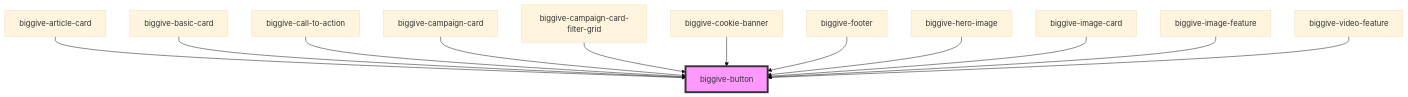
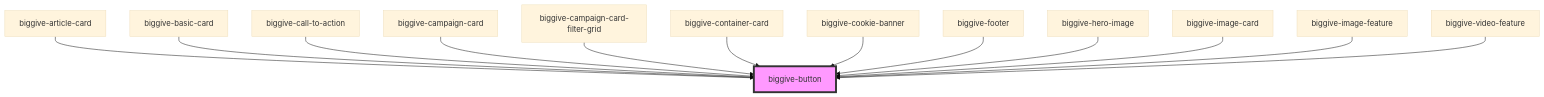
Before and after one commit to thebiggive/components: the diagram in src/components/biggive-button/readme.md, drawn with Mermaid (base theme). The commit also changed other lines of this file and 7 other files, not shown here.

First line of the commit message:
DON-983: Create biggive-container-card as copy of biggive-basic-card

````diff
--- a/src/components/biggive-button/readme.md
+++ b/src/components/biggive-button/readme.md
@@ -48,15 +49,16 @@
 ```mermaid
 graph TD;
   biggive-article-card --> biggive-button
   biggive-basic-card --> biggive-button
   biggive-call-to-action --> biggive-button
   biggive-campaign-card --> biggive-button
   biggive-campaign-card-filter-grid --> biggive-button
+  biggive-container-card --> biggive-button
   biggive-cookie-banner --> biggive-button
   biggive-footer --> biggive-button
   biggive-hero-image --> biggive-button
   biggive-image-card --> biggive-button
   biggive-image-feature --> biggive-button
   biggive-video-feature --> biggive-button
   style biggive-button fill:#f9f,stroke:#333,stroke-width:4px
 ```
````
